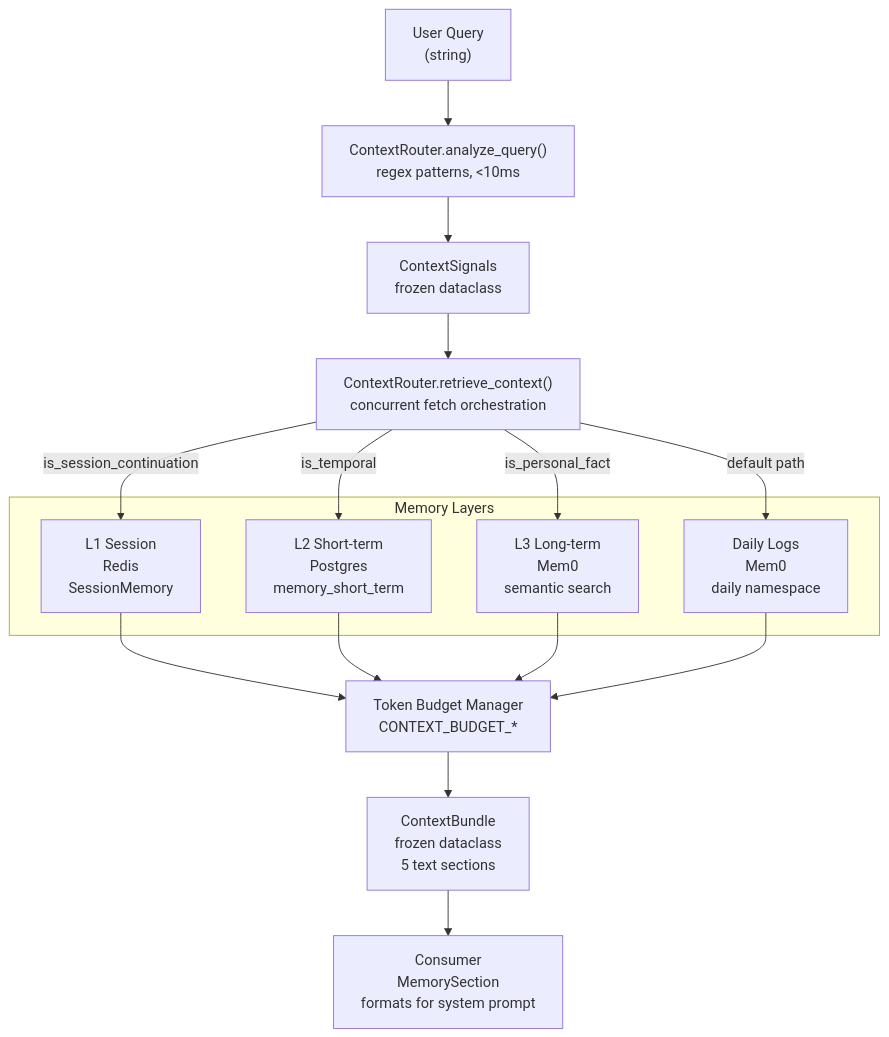
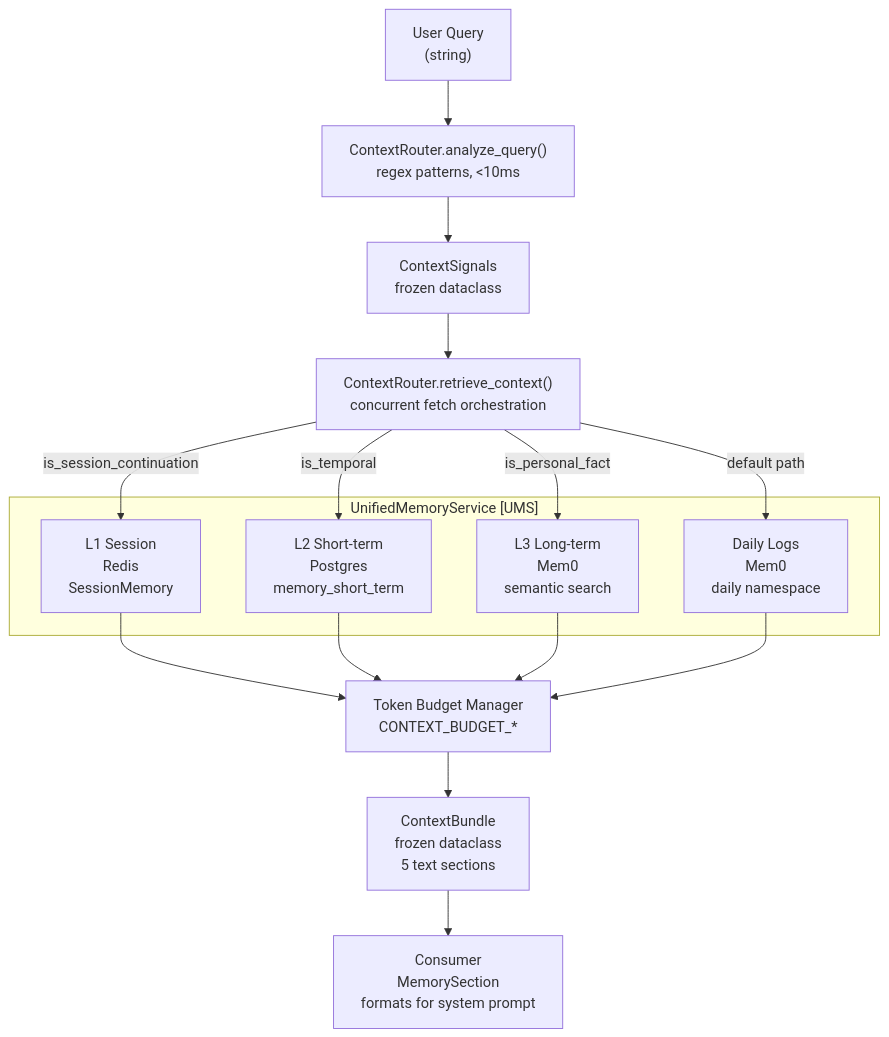
Before and after one commit to AutomatosAI/automatos-ai: the first of 4 diagrams in docs/memory-system/context-router.md, drawn with Mermaid. The commit also changed other lines of this file and 153 other files, not shown here.

````diff
--- a/docs/memory-system/context-router.md
+++ b/docs/memory-system/context-router.md
@@ -53,37 +38,37 @@
 ```mermaid
 graph TB
     Query["User Query<br/>(string)"]
     Analyze["ContextRouter.analyze_query()<br/>regex patterns, &lt;10ms"]
     Signals["ContextSignals<br/>frozen dataclass"]
     
     Retrieve["ContextRouter.retrieve_context()<br/>concurrent fetch orchestration"]
     
-    subgraph "Memory Layers"
+    subgraph "UnifiedMemoryService [UMS]"
         L1["L1 Session<br/>Redis<br/>SessionMemory"]
         L2["L2 Short-term<br/>Postgres<br/>memory_short_term"]
         L3["L3 Long-term<br/>Mem0<br/>semantic search"]
         Daily["Daily Logs<br/>Mem0<br/>daily namespace"]
     end
     
     Budget["Token Budget Manager<br/>CONTEXT_BUDGET_*"]
     Bundle["ContextBundle<br/>frozen dataclass<br/>5 text sections"]
     
     Consumer["Consumer<br/>MemorySection<br/>formats for system prompt"]
     
     Query --> Analyze
     Analyze --> Signals
     Signals --> Retrieve
     
     Retrieve -->|is_session_continuation| L1
     Retrieve -->|is_temporal| L2
     Retrieve -->|is_personal_fact| L3
     Retrieve -->|default path| Daily
     
     L1 --> Budget
     L2 --> Budget
     L3 --> Budget
     Daily --> Budget
     
     Budget --> Bundle
     Bundle --> Consumer
 ```
````
